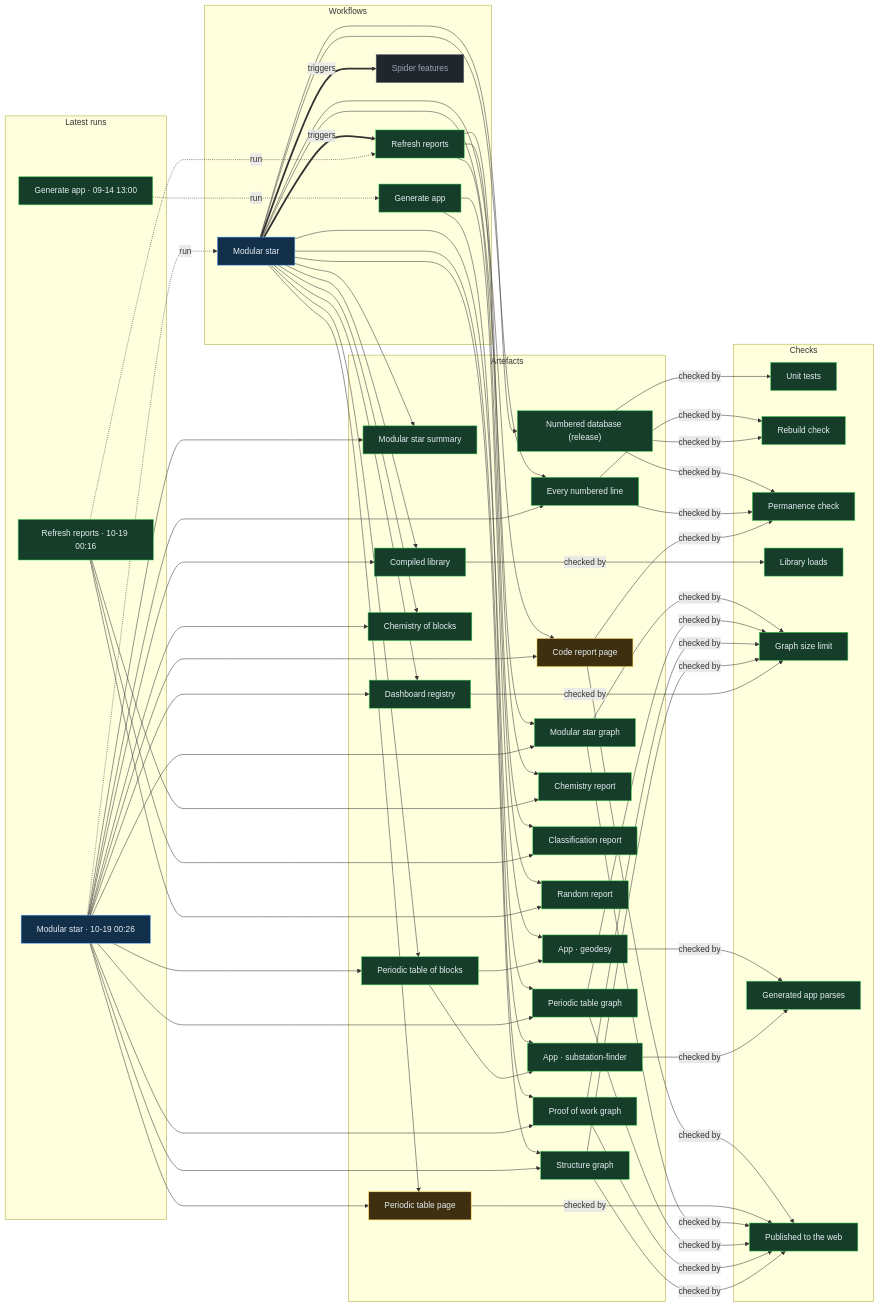
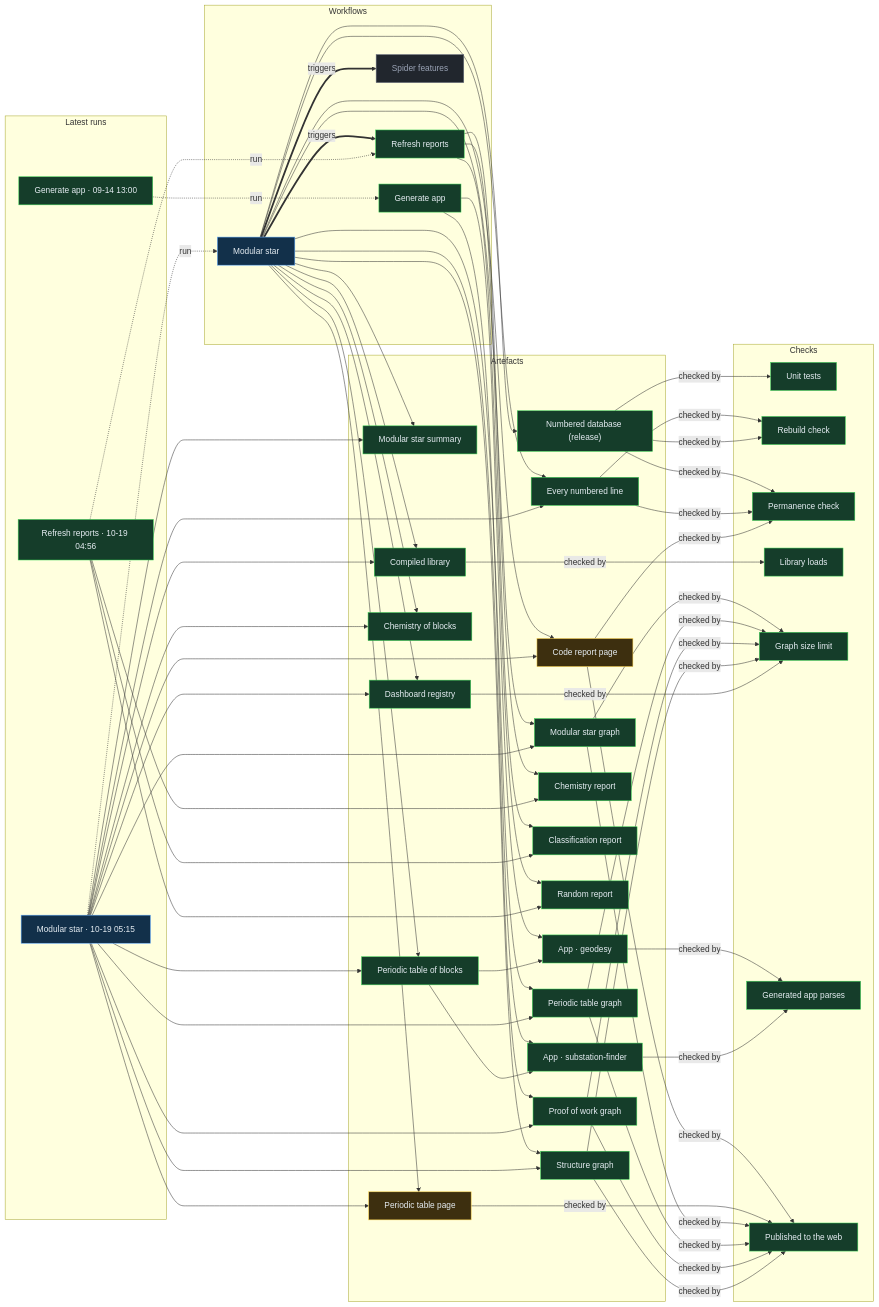
The diagram in proof/PROOF.md (Ventusltd/stars), drawn with Mermaid before and after one commit. The commit also changed other lines of this file and 44 other files, not shown here.

Commit message:
Modular star 2026-10-19T05:18Z

```diff
--- a/proof/PROOF.md
+++ b/proof/PROOF.md
@@ -24,8 +24,8 @@
   n_wf_spider_features["Spider features"]:::off
   end
   subgraph g_runs["Latest runs"]
-  n_run_39180793240["Modular star · 10-19 00:26"]:::live
-  n_run_39180012735["Refresh reports · 10-19 00:16"]:::ok
+  n_run_39203598775["Modular star · 10-19 05:15"]:::live
+  n_run_39202016427["Refresh reports · 10-19 04:56"]:::ok
   n_run_34846587798["Generate app · 09-14 13:00"]:::ok
   end
   subgraph g_artefacts["Artefacts"]
@@ -59,39 +59,39 @@
   end
   n_wf_modular_star == triggers ==> n_wf_refresh
   n_wf_modular_star == triggers ==> n_wf_spider_features
-  n_run_39180793240 -. run .-> n_wf_modular_star
-  n_run_39180012735 -. run .-> n_wf_refresh
+  n_run_39203598775 -. run .-> n_wf_modular_star
+  n_run_39202016427 -. run .-> n_wf_refresh
   n_run_34846587798 -. run .-> n_wf_generate
   n_wf_modular_star --> n_art_summary
-  n_run_39180793240 --> n_art_summary
+  n_run_39203598775 --> n_art_summary
   n_wf_modular_star --> n_art_lines
-  n_run_39180793240 --> n_art_lines
+  n_run_39203598775 --> n_art_lines
   n_wf_modular_star --> n_art_code
-  n_run_39180793240 --> n_art_code
+  n_run_39203598775 --> n_art_code
   n_wf_modular_star --> n_art_modular_graph
-  n_run_39180793240 --> n_art_modular_graph
+  n_run_39203598775 --> n_art_modular_graph
   n_wf_modular_star --> n_art_blocks
-  n_run_39180793240 --> n_art_blocks
+  n_run_39203598775 --> n_art_blocks
   n_wf_modular_star --> n_art_table
-  n_run_39180793240 --> n_art_table
+  n_run_39203598775 --> n_art_table
   n_wf_modular_star --> n_art_blocks_graph
-  n_run_39180793240 --> n_art_blocks_graph
+  n_run_39203598775 --> n_art_blocks_graph
   n_wf_modular_star --> n_art_reactions
-  n_run_39180793240 --> n_art_reactions
+  n_run_39203598775 --> n_art_reactions
   n_wf_modular_star --> n_art_library
-  n_run_39180793240 --> n_art_library
+  n_run_39203598775 --> n_art_library
   n_wf_modular_star --> n_art_features
-  n_run_39180793240 --> n_art_features
+  n_run_39203598775 --> n_art_features
   n_wf_modular_star --> n_art_proof
-  n_run_39180793240 --> n_art_proof
+  n_run_39203598775 --> n_art_proof
   n_wf_modular_star --> n_art_structure
-  n_run_39180793240 --> n_art_structure
+  n_run_39203598775 --> n_art_structure
   n_wf_refresh --> n_art_chemistry
-  n_run_39180012735 --> n_art_chemistry
+  n_run_39202016427 --> n_art_chemistry
   n_wf_refresh --> n_art_vedic
-  n_run_39180012735 --> n_art_vedic
+  n_run_39202016427 --> n_art_vedic
   n_wf_refresh --> n_art_random
-  n_run_39180012735 --> n_art_random
+  n_run_39202016427 --> n_art_random
   n_wf_modular_star --> n_art_release
   n_wf_generate --> n_app_geodesy
   n_art_blocks --> n_app_geodesy
```
